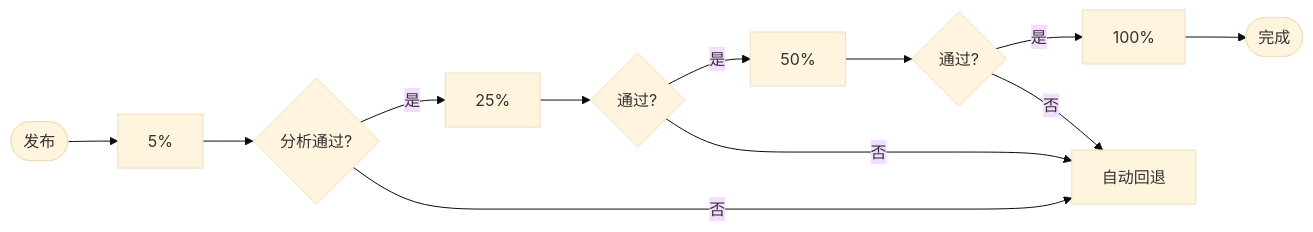
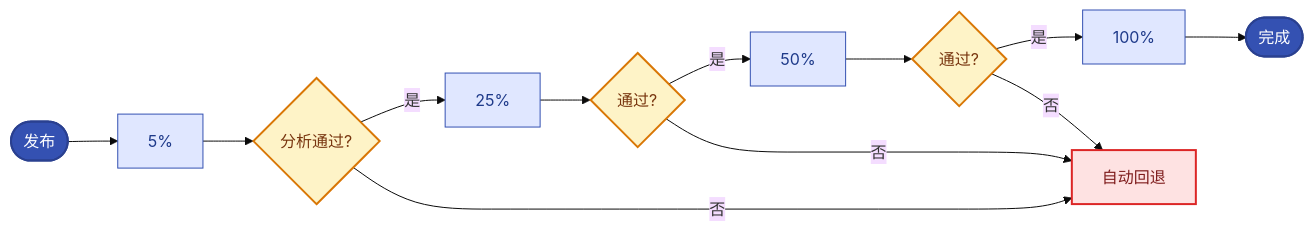
One commit to jackiesre721/ai-native-ops changed the diagram in docs/11-canary-release-risk.md. Above: the diagram before and after it, drawn with Mermaid (base theme). The commit also changed 9 other files, not shown here.

First line of the commit message:
viz: 全部 12 张 mermaid 图上语义色

````diff
--- a/docs/11-canary-release-risk.md
+++ b/docs/11-canary-release-risk.md
@@ -14,10 +14,18 @@
 ```mermaid
 flowchart LR
     S([发布]) --> W1["5%"] --> P1{分析通过?}
     P1 -->|是| W2["25%"] --> P2{通过?}
     P2 -->|是| W3["50%"] --> P3{通过?}
     P3 -->|是| W4["100%"] --> E([完成])
     P1 -->|否| RB[自动回退]
     P2 -->|否| RB
     P3 -->|否| RB
+    classDef start fill:#3451b2,color:#fff,stroke:#2a4090,stroke-width:2px
+    classDef proc fill:#e0e7ff,stroke:#3451b2,color:#1e3a8a
+    classDef decision fill:#fef3c7,stroke:#d97706,color:#78350f,stroke-width:2px
+    classDef danger fill:#fee2e2,stroke:#dc2626,color:#7f1d1d,stroke-width:2px
+    class S,E start
+    class W1,W2,W3,W4 proc
+    class P1,P2,P3 decision
+    class RB danger
 ```
````
